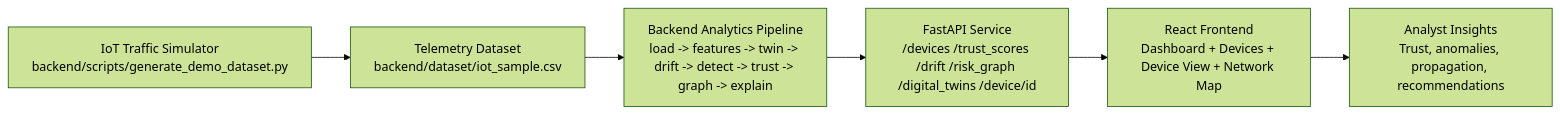
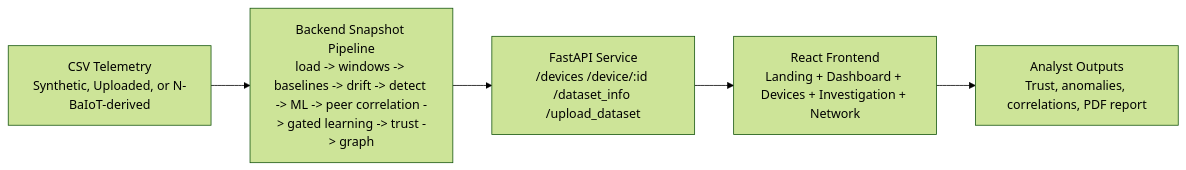
One commit to PriyankaB-11/Eclipse_MahaDEVS_PhantomNexus changed the diagram in README.md. Above: the diagram before and after it, drawn with Mermaid (forest theme). The commit also changed other lines of this file and 22 other files, not shown here.

Commit message:
Add investigation workflow and dataset-safe publishing setup

````diff
--- a/README.md
+++ b/README.md
@@ -74,11 +36,10 @@
 ```mermaid
 flowchart LR
-    A[IoT Traffic Simulator\nbackend/scripts/generate_demo_dataset.py]
-    B[Telemetry Dataset\nbackend/dataset/iot_sample.csv]
-    C[Backend Analytics Pipeline\nload -> features -> twin -> drift -> detect -> trust -> graph -> explain]
-    D[FastAPI Service\n/devices /trust_scores /drift /risk_graph /digital_twins /device/id]
-    E[React Frontend\nDashboard + Devices + Device View + Network Map]
-    F[Analyst Insights\nTrust, anomalies, propagation, recommendations]
+    A[CSV Telemetry\nSynthetic, Uploaded, or N-BaIoT-derived]
+    B[Backend Snapshot Pipeline\nload -> windows -> baselines -> drift -> detect -> ML -> peer correlation -> gated learning -> trust -> graph]
+    C[FastAPI Service\n/devices /device/:id /dataset_info /upload_dataset]
+    D[React Frontend\nLanding + Dashboard + Devices + Investigation + Network]
+    E[Analyst Outputs\nTrust, anomalies, correlations, PDF report]
 
-    A --> B --> C --> D --> E --> F
+    A --> B --> C --> D --> E
 ```
````
